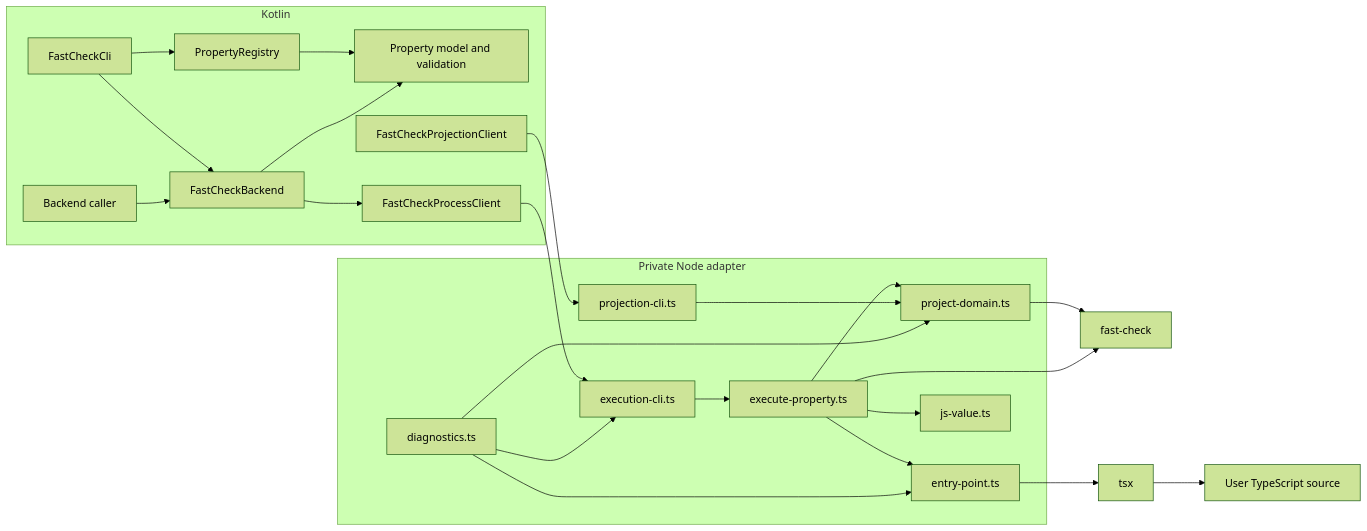
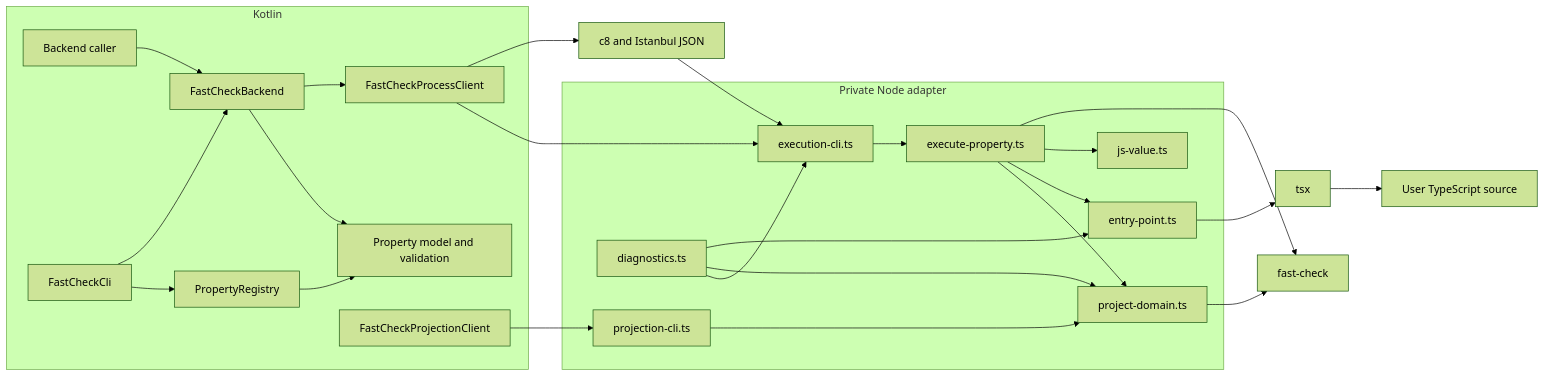
Before and after one commit to UnitTestBot/usvm: the first of 4 diagrams in usvm-ts-pbt/DESIGN.md, drawn with Mermaid (forest theme). The commit also changed other lines of this file and 31 other files, not shown here.

````diff
--- a/usvm-ts-pbt/DESIGN.md
+++ b/usvm-ts-pbt/DESIGN.md
@@ -17,47 +18,50 @@
 ```mermaid
 flowchart LR
     subgraph Kotlin
         Caller[Backend caller]
         CLI[FastCheckCli]
         Registry[PropertyRegistry]
         Model[Property model and validation]
         Backend[FastCheckBackend]
         Process[FastCheckProcessClient]
         Projection[FastCheckProjectionClient]
     end
 
     subgraph Node_adapter[Private Node adapter]
         ExecutionCLI[execution-cli.ts]
         ProjectionCLI[projection-cli.ts]
         Execute[execute-property.ts]
         Domains[project-domain.ts]
         EntryPoints[entry-point.ts]
         Values[js-value.ts]
         Diagnostics[diagnostics.ts]
     end
 
     FastCheck[fast-check]
     Tsx[tsx]
+    C8[c8 and Istanbul JSON]
     UserTS[User TypeScript source]
 
     CLI --> Registry
     CLI --> Backend
     Caller --> Backend
     Registry --> Model
     Backend --> Model
     Backend --> Process
     Process --> ExecutionCLI
+    Process --> C8
+    C8 --> ExecutionCLI
     Projection --> ProjectionCLI
     ExecutionCLI --> Execute
     Execute --> Domains
     Execute --> EntryPoints
     Execute --> Values
     ProjectionCLI --> Domains
     Diagnostics --> ExecutionCLI
     Diagnostics --> Domains
     Diagnostics --> EntryPoints
     Domains --> FastCheck
     Execute --> FastCheck
     EntryPoints --> Tsx
     Tsx --> UserTS
 ```
````
